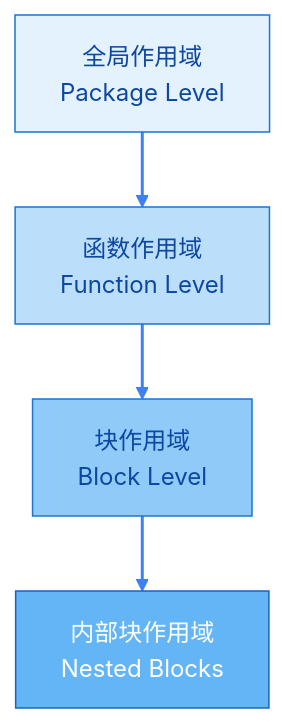
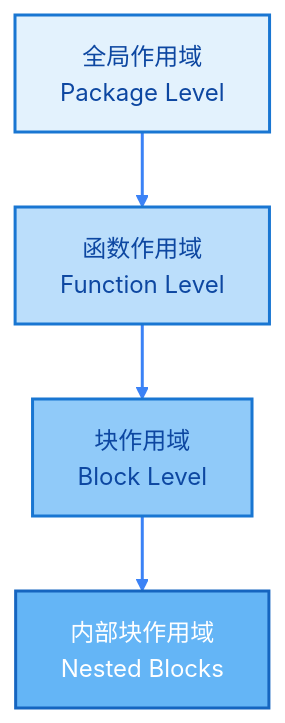
The first of 2 diagrams in docs/zh/golang/fundamentals/variable-lifecycle.mdx (lazygophers/knowledge), drawn with Mermaid before and after one commit. The commit also changed other lines of this file and 10 other files, not shown here.

First line of the commit message:
docs(golang): 修复 Mermaid 箭头样式和连接线颜色

````diff
--- a/docs/zh/golang/fundamentals/variable-lifecycle.mdx
+++ b/docs/zh/golang/fundamentals/variable-lifecycle.mdx
@@ -14,17 +14,18 @@
 ```mermaid
+%%{init: {'theme':'base', 'themeVariables': { 'lineColor':'#3b82f6', 'primaryColor':'#e3f2fd', 'primaryTextColor':'#0d47a1'}}}%%
 flowchart TD
     A[全局作用域<br/>Package Level] --> B[函数作用域<br/>Function Level]
     B --> C[块作用域<br/>Block Level]
     C --> D[内部块作用域<br/>Nested Blocks]
 
     linkStyle default stroke:#3b82f6,stroke-width:2px
-    classDef globalScope fill:#e3f2fd,stroke:#1976d2,color:#0d47a1
-    classDef functionScope fill:#bbdefb,stroke:#1976d2,color:#0d47a1
-    classDef blockScope fill:#90caf9,stroke:#1976d2,color:#0d47a1
-    classDef nestedScope fill:#64b5f6,stroke:#1565c0,color:#ffffff
+    classDef globalScope fill:#e3f2fd,stroke:#1976d2,stroke-width:2px,color:#0d47a1
+    classDef functionScope fill:#bbdefb,stroke:#1976d2,stroke-width:2px,color:#0d47a1
+    classDef blockScope fill:#90caf9,stroke:#1976d2,stroke-width:2px,color:#0d47a1
+    classDef nestedScope fill:#64b5f6,stroke:#1565c0,stroke-width:2px,color:#ffffff
 
     class A globalScope
     class B functionScope
     class C blockScope
     class D nestedScope
 ```
````
